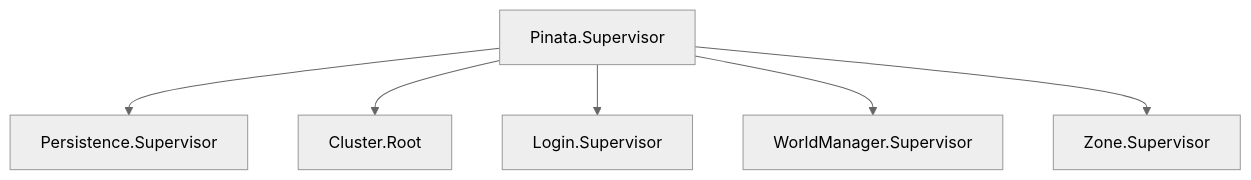
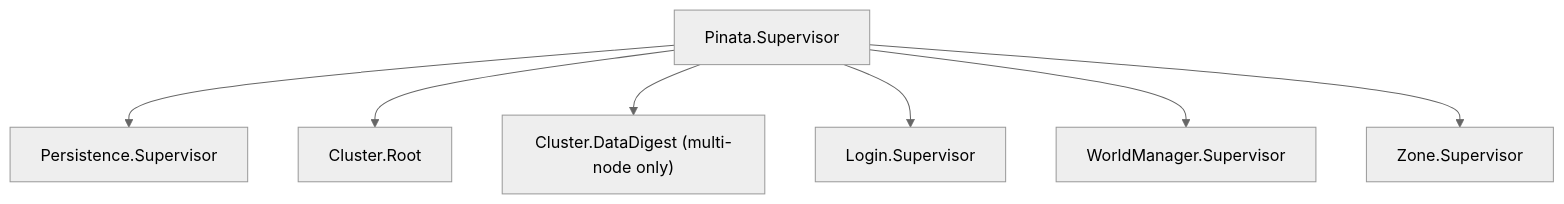
One commit to wbpascal/pinata changed the second of 2 diagrams in server/docs/technical/README.md. Above: the diagram before and after it, drawn with Mermaid (neutral theme). The commit also changed 7 other files, not shown here.

Commit message:
Follow-ups of review 2: libsctp1, digest skips symlinked dirs, quiet refusal test, flowchart, flake note (#48)

````diff
--- a/server/docs/technical/README.md
+++ b/server/docs/technical/README.md
@@ -42,4 +42,4 @@
 ```mermaid
 flowchart TD
-    S[Pinata.Supervisor] --> P[Persistence.Supervisor] & C[Cluster.Root] & L[Login.Supervisor] & W[WorldManager.Supervisor] & Z[Zone.Supervisor]
+    S[Pinata.Supervisor] --> P[Persistence.Supervisor] & C[Cluster.Root] & D["Cluster.DataDigest (multi-node only)"] & L[Login.Supervisor] & W[WorldManager.Supervisor] & Z[Zone.Supervisor]
 ```
````
